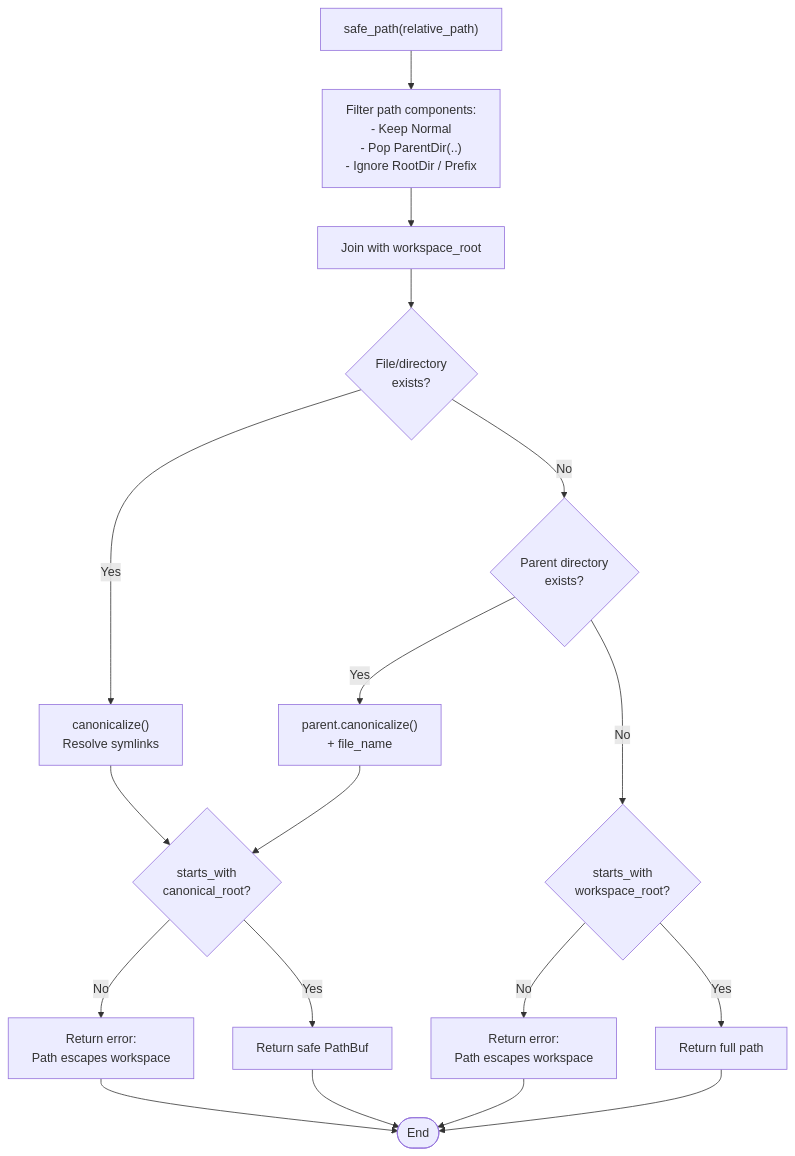
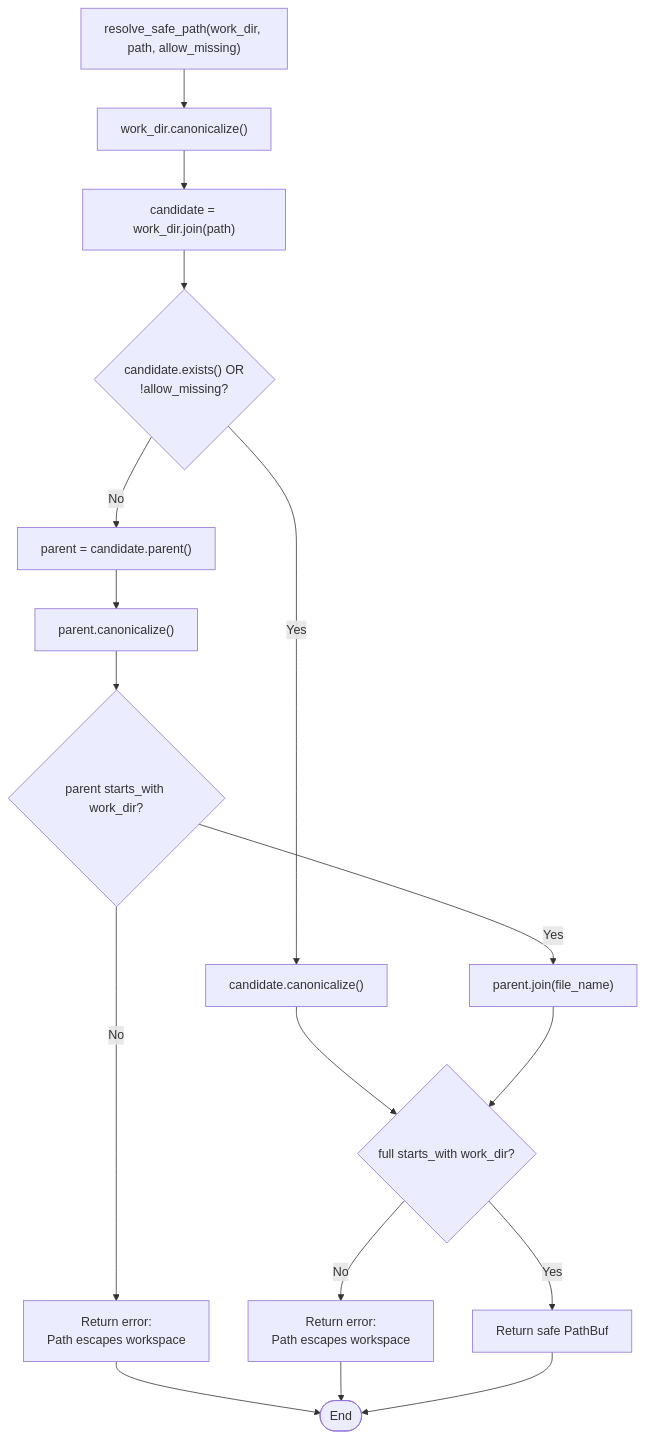
One commit to rust-infra/tact changed the tenth of 10 diagrams in ARCHITECTURE.md. Above: the diagram before and after it, drawn with Mermaid. The commit also changed other lines of this file and 3 other files, not shown here.

````diff
--- a/ARCHITECTURE.md
+++ b/ARCHITECTURE.md
@@ -262,26 +540,23 @@
 ```mermaid
 flowchart TD
-    Input["safe_path(relative_path)"] --> Filter["Filter path components:<br/>- Keep Normal<br/>- Pop ParentDir(..)<br/>- Ignore RootDir / Prefix"]
-    Filter --> Join["Join with workspace_root"]
-    Join --> Exist{"File/directory<br/>exists?"}
+    Input["resolve_safe_path(work_dir, path, allow_missing)"] --> CanonWork["work_dir.canonicalize()"]
+    CanonWork --> Join["candidate = work_dir.join(path)"]
 
-    Exist -- "Yes" --> Canonical["canonicalize()<br/>Resolve symlinks"]
-    Exist -- "No" --> ParentExist{"Parent directory<br/>exists?"}
+    Join --> Exists{"candidate.exists() OR<br/>!allow_missing?"}
+    Exists -- Yes --> CanonCan["candidate.canonicalize()"]
+    Exists -- No --> Parent["parent = candidate.parent()"]
+    Parent --> CanonParent["parent.canonicalize()"]
+    CanonParent --> PrefixParent{"parent starts_with work_dir?"}
+    PrefixParent -- No --> Err1["Return error:<br/>Path escapes workspace"]
+    PrefixParent -- Yes --> JoinName["parent.join(file_name)"]
 
-    ParentExist -- "Yes" --> ParentCano["parent.canonicalize()<br/>+ file_name"]
-    ParentExist -- "No" --> PrefixCheck{"starts_with<br/>workspace_root?"}
+    CanonCan --> PrefixFull{"full starts_with work_dir?"}
+    JoinName --> PrefixFull
 
-    PrefixCheck -- "No" --> Err1["Return error:<br/>Path escapes workspace"]
-    PrefixCheck -- "Yes" --> Return1["Return full path"]
-
-    Canonical --> Check{"starts_with<br/>canonical_root?"}
-    ParentCano --> Check
-
-    Check -- "No" --> Err2["Return error:<br/>Path escapes workspace"]
-    Check -- "Yes" --> Return2["Return safe PathBuf"]
+    PrefixFull -- No --> Err2["Return error:<br/>Path escapes workspace"]
+    PrefixFull -- Yes --> Return["Return safe PathBuf"]
 
     Err1 --> End([End])
     Err2 --> End
-    Return1 --> End
-    Return2 --> End
+    Return --> End
 ```
````
